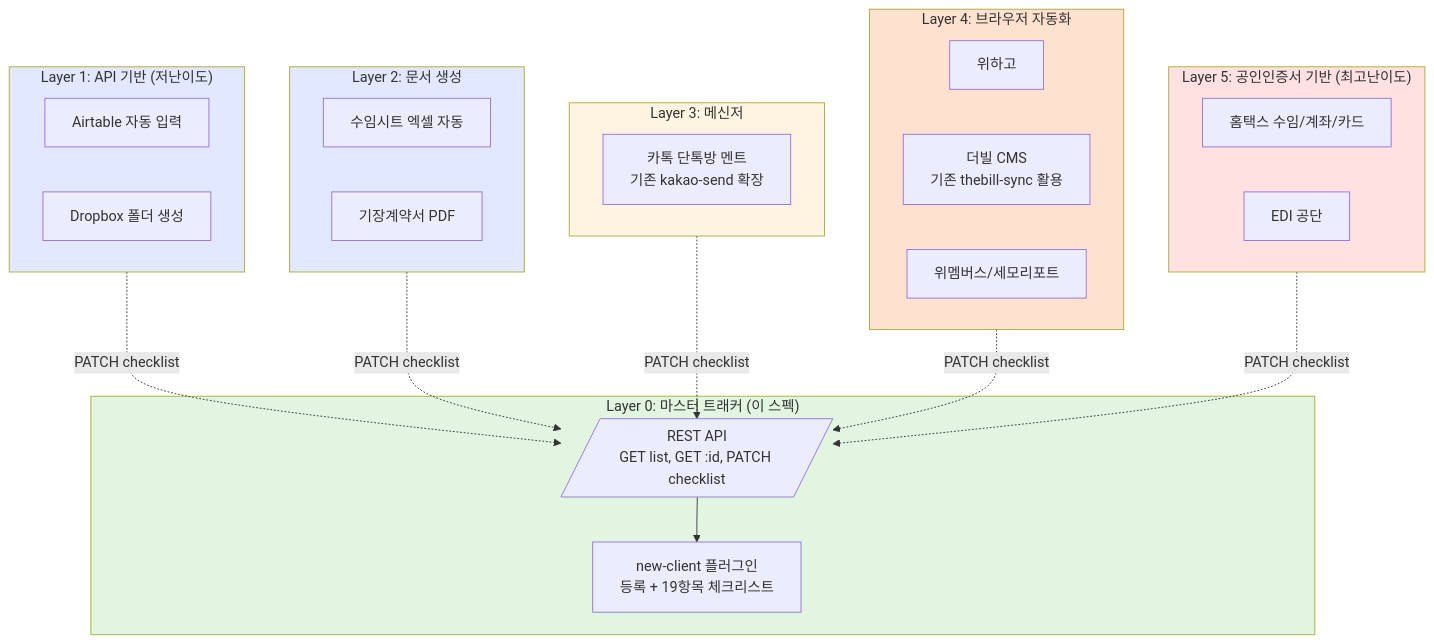
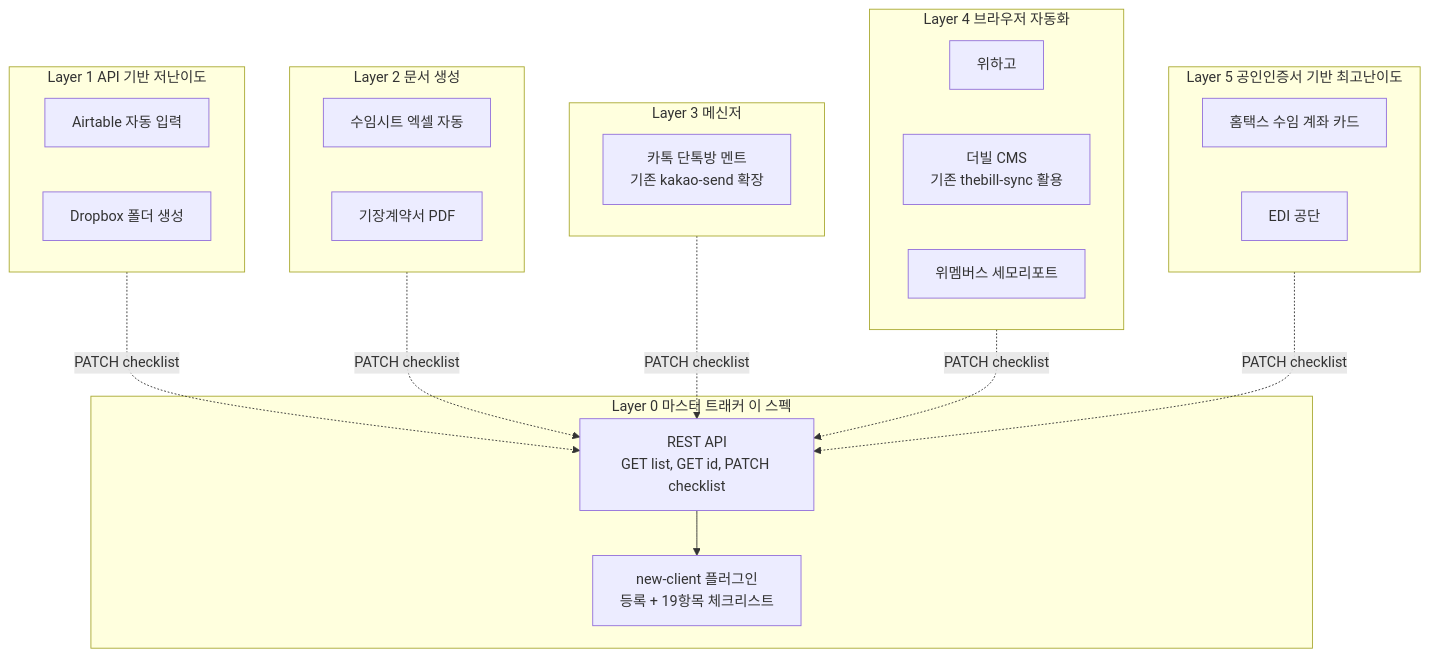
The fifth of 5 diagrams in codetax-macro/docs/superpowers/specs/2026-04-22-new-client-master-tracker-workflow.md (hany-peak/kakaotalk-auto-sender), drawn with Mermaid before and after one commit. The commit also changed other lines of this file, not shown here.

First line of the commit message:
fix(docs): rewrite mermaid diagrams for mermaid 8.x compatibility

````diff
--- a/codetax-macro/docs/superpowers/specs/2026-04-22-new-client-master-tracker-workflow.md
+++ b/codetax-macro/docs/superpowers/specs/2026-04-22-new-client-master-tracker-workflow.md
@@ -168,47 +149,40 @@
 ```mermaid
 flowchart TB
-    subgraph Layer0["Layer 0: 마스터 트래커 (이 스펙)"]
-        Tracker[new-client 플러그인<br/>등록 + 19항목 체크리스트]
-        API[/REST API<br/>GET list, GET :id, PATCH checklist/]
+    subgraph Layer0["Layer 0 마스터 트래커 이 스펙"]
+        Tracker["new-client 플러그인<br/>등록 + 19항목 체크리스트"]
+        API["REST API<br/>GET list, GET id, PATCH checklist"]
     end
 
-    subgraph Layer1["Layer 1: API 기반 (저난이도)"]
-        Airtable[Airtable 자동 입력]
-        Dropbox[Dropbox 폴더 생성]
+    subgraph Layer1["Layer 1 API 기반 저난이도"]
+        Airtable["Airtable 자동 입력"]
+        Dropbox["Dropbox 폴더 생성"]
     end
 
-    subgraph Layer2["Layer 2: 문서 생성"]
-        Excel[수임시트 엑셀 자동]
-        PDF[기장계약서 PDF]
+    subgraph Layer2["Layer 2 문서 생성"]
+        Excel["수임시트 엑셀 자동"]
+        PDF["기장계약서 PDF"]
     end
 
-    subgraph Layer3["Layer 3: 메신저"]
-        Kakao[카톡 단톡방 멘트<br/>기존 kakao-send 확장]
+    subgraph Layer3["Layer 3 메신저"]
+        Kakao["카톡 단톡방 멘트<br/>기존 kakao-send 확장"]
     end
 
-    subgraph Layer4["Layer 4: 브라우저 자동화"]
-        Wehago[위하고]
-        TheBill[더빌 CMS<br/>기존 thebill-sync 활용]
-        Wemembers[위멤버스/세모리포트]
+    subgraph Layer4["Layer 4 브라우저 자동화"]
+        Wehago["위하고"]
+        TheBill["더빌 CMS<br/>기존 thebill-sync 활용"]
+        Wemembers["위멤버스 세모리포트"]
     end
 
-    subgraph Layer5["Layer 5: 공인인증서 기반 (최고난이도)"]
-        Hometax[홈택스 수임/계좌/카드]
-        EDI[EDI 공단]
+    subgraph Layer5["Layer 5 공인인증서 기반 최고난이도"]
+        Hometax["홈택스 수임 계좌 카드"]
+        EDI["EDI 공단"]
     end
 
-    Layer1 -.->|PATCH checklist| API
-    Layer2 -.->|PATCH checklist| API
-    Layer3 -.->|PATCH checklist| API
-    Layer4 -.->|PATCH checklist| API
-    Layer5 -.->|PATCH checklist| API
+    Layer1 -.->|"PATCH checklist"| API
+    Layer2 -.->|"PATCH checklist"| API
+    Layer3 -.->|"PATCH checklist"| API
+    Layer4 -.->|"PATCH checklist"| API
+    Layer5 -.->|"PATCH checklist"| API
 
     API --> Tracker
-
-    style Layer0 fill:#e1f5e1
-    style Layer1 fill:#e1e8ff
-    style Layer2 fill:#e1e8ff
-    style Layer3 fill:#fff4e1
-    style Layer4 fill:#ffe1d0
-    style Layer5 fill:#ffe1e1
 ```
````
